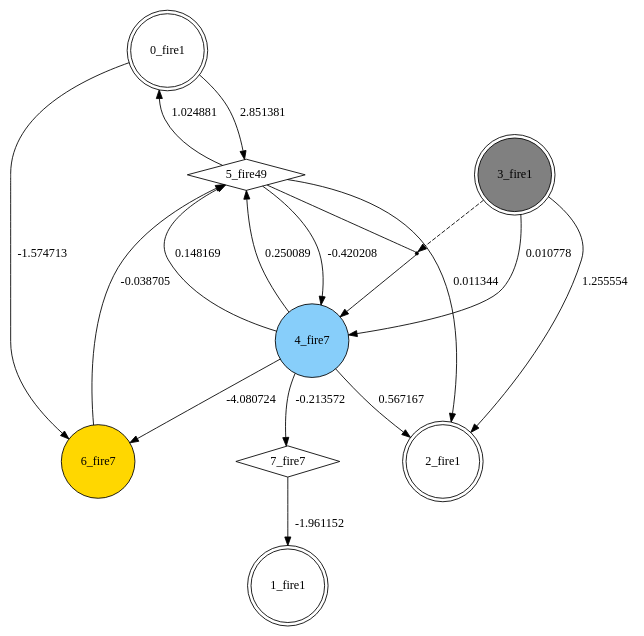
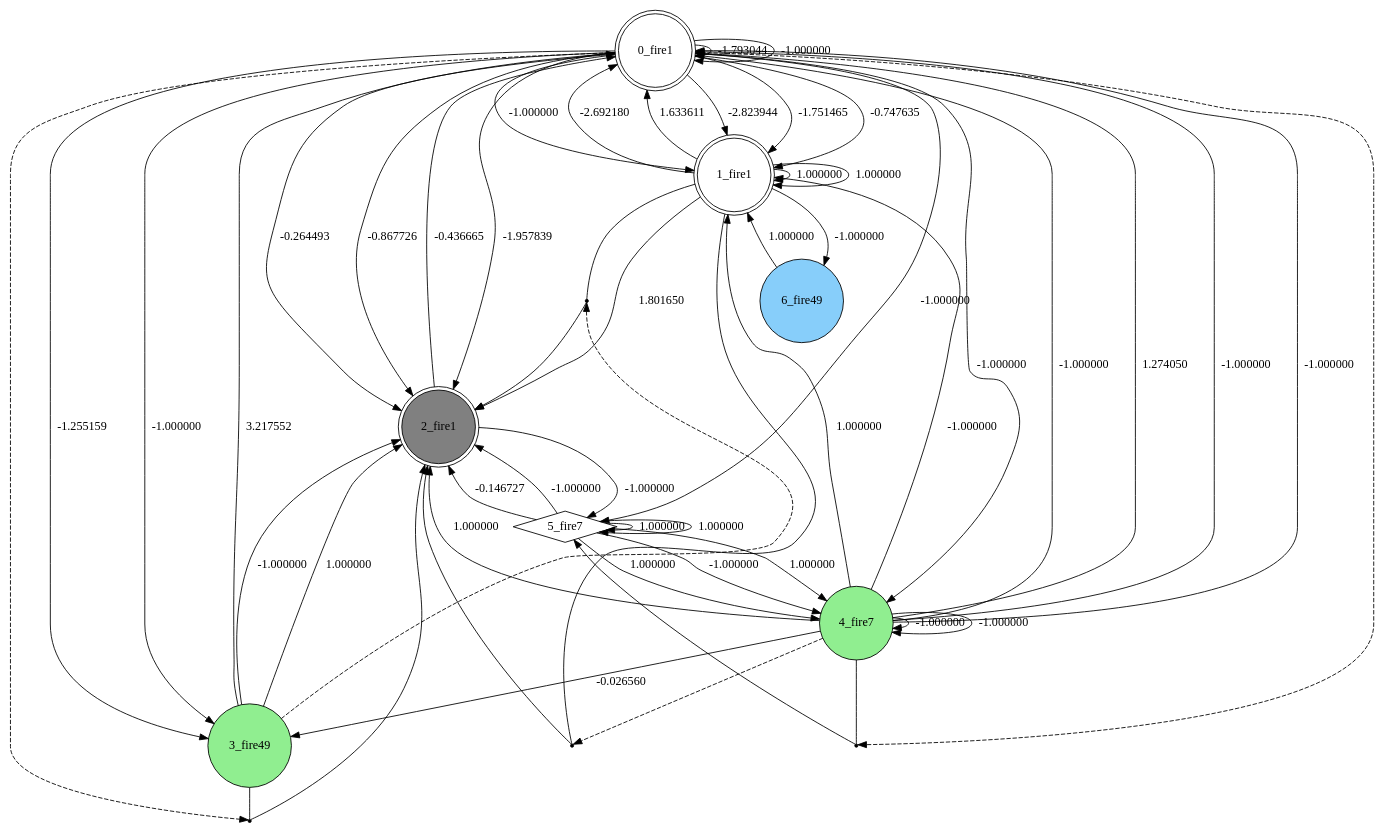
The diagram in best_individual.dot (tim-ufer/SUNA-NOC), drawn with Graphviz before and after one commit. The commit also changed 9 other files, not shown here.

```diff
--- a/best_individual.dot
+++ b/best_individual.dot
@@ -1,29 +1,68 @@
 digraph G {
  node[shape = circle]
 0 [label="0_fire1",shape=doublecircle]
 1 [label="1_fire1",shape=doublecircle]
-2 [label="2_fire1",shape=doublecircle]
-3 [label="3_fire1",shape=doublecircle, style=filled, fillcolor=gray]
-4 [label="4_fire7",style=filled, fillcolor=lightskyblue]
-5 [label="5_fire49",shape=diamond]
-6 [label="6_fire7",style=filled, fillcolor=gold]
-7 [label="7_fire7",shape=diamond]
-4 -> 5 [label="0.148169"]
-4 -> 2 [label="0.567167"]
-3 -> 4 [label="0.010778"]
-4 -> 5 [label="0.250089"]
-6 -> 5 [label="-0.038705"]
-5 -> 4 [label="-0.420208"]
-0 -> 5 [label="2.851381"]
-4 -> 6 [label="-4.080724"]
-0 -> 6 [label="-1.574713"]
-4 -> 7 [label="-0.213572"]
-7 -> 1 [label="-1.961152"]
-5 -> 2 [label="0.011344"]
+2 [label="2_fire1",shape=doublecircle, style=filled, fillcolor=gray]
+3 [label="3_fire49",style=filled, fillcolor=lightgreen]
+4 [label="4_fire7",style=filled, fillcolor=lightgreen]
+5 [label="5_fire7",shape=diamond]
+6 [label="6_fire49",style=filled, fillcolor=lightskyblue]
+7 [shape=point, label=""]
+4 -> 7 [style=dashed] 
+1 -> 7 [dir=none]
+7 -> 2 
 8 [shape=point, label=""]
-3 -> 8 [style=dashed] 
-5 -> 8 [dir=none]
-8 -> 4 
-3 -> 2 [label="1.255554"]
-5 -> 0 [label="1.024881"]
+0 -> 8 [style=dashed] 
+3 -> 8 [dir=none]
+8 -> 2 
+0 -> 4 [label="-1.000000"]
+2 -> 0 [label="-0.436665"]
+0 -> 0 [label="-1.793044"]
+4 -> 0 [label="-1.000000"]
+1 -> 2 [label="1.801650"]
+4 -> 2 [label="1.000000"]
+0 -> 2 [label="-0.264493"]
+0 -> 1 [label="-2.823944"]
+1 -> 1 [label="1.000000"]
+0 -> 2 [label="-0.867726"]
+0 -> 1 [label="-1.751465"]
+4 -> 0 [label="1.274050"]
+3 -> 0 [label="3.217552"]
+0 -> 3 [label="-1.255159"]
+4 -> 1 [label="1.000000"]
+1 -> 0 [label="-2.692180"]
+5 -> 4 [label="1.000000"]
+4 -> 4 [label="-1.000000"]
+0 -> 1 [label="-0.747635"]
+3 -> 2 [label="-1.000000"]
+5 -> 4 [label="-1.000000"]
+0 -> 3 [label="-1.000000"]
+1 -> 0 [label="1.633611"]
+0 -> 2 [label="-1.957839"]
+9 [shape=point, label=""]
+3 -> 9 [style=dashed] 
+1 -> 9 [dir=none]
+9 -> 2 
+5 -> 2 [label="-0.146727"]
+1 -> 6 [label="-1.000000"]
+4 -> 3 [label="-0.026560"]
+2 -> 5 [label="-1.000000"]
+5 -> 4 [label="1.000000"]
+4 -> 1 [label="-1.000000"]
+5 -> 5 [label="1.000000"]
+4 -> 4 [label="-1.000000"]
+0 -> 5 [label="-1.000000"]
+1 -> 1 [label="1.000000"]
+4 -> 0 [label="-1.000000"]
+4 -> 0 [label="-1.000000"]
+10 [shape=point, label=""]
+0 -> 10 [style=dashed] 
+4 -> 10 [dir=none]
+10 -> 5 
+5 -> 2 [label="-1.000000"]
+6 -> 1 [label="1.000000"]
+3 -> 2 [label="1.000000"]
+0 -> 1 [label="-1.000000"]
+5 -> 5 [label="1.000000"]
+0 -> 0 [label="-1.000000"]
 }
```
